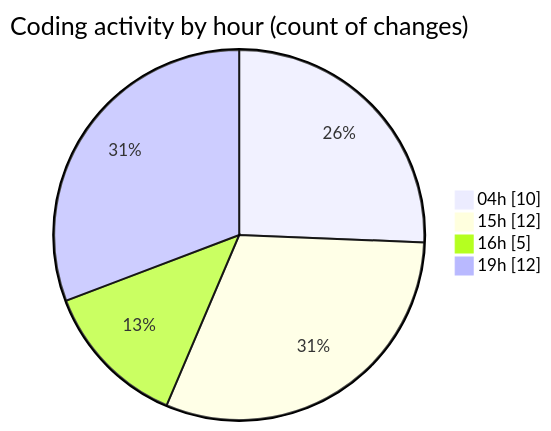
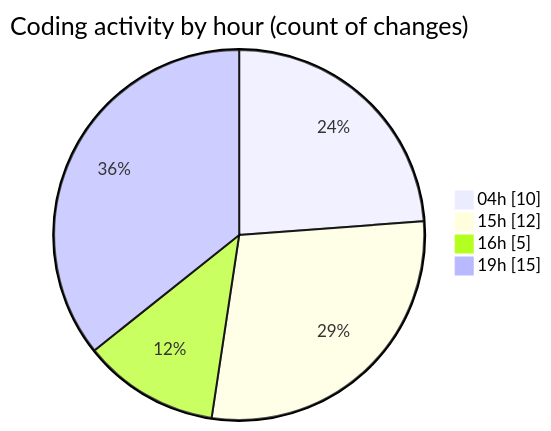
One commit to charlie-sans/code-tracking changed the second of 2 diagrams in 2025-03-17/sharpmasm/README.md. Above: the diagram before and after it, drawn with Mermaid. The commit also changed other lines of this file and 1 other file, not shown here.

````diff
--- a/2025-03-17/sharpmasm/README.md
+++ b/2025-03-17/sharpmasm/README.md
@@ -35,8 +35,8 @@
 ```mermaid
 pie showData
 title Coding activity by hour (count of changes)
 "04h" : 10
 "15h" : 12
 "16h" : 5
-"19h" : 12
+"19h" : 15
 ```
````
